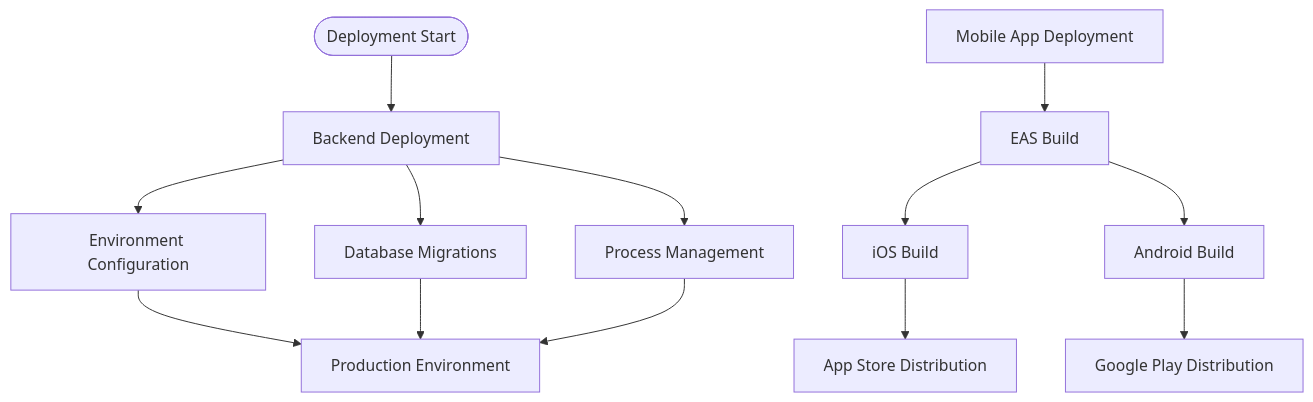
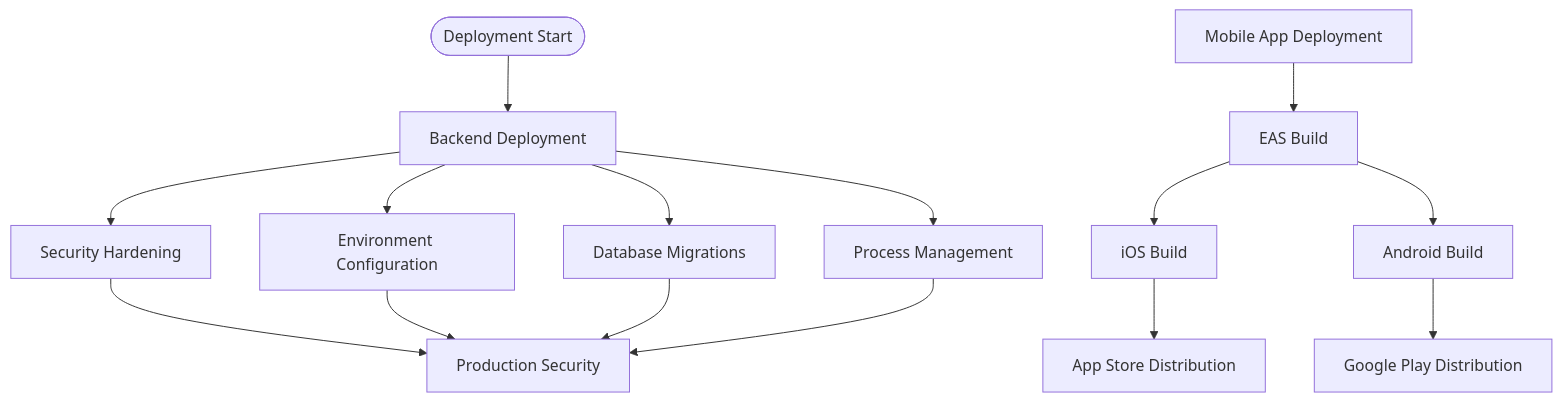
Diagram 16 of 18 in .qoder/repowiki/en/content/Testing & Deployment.md (jairosouza67/99-Pai), drawn with Mermaid before and after one commit. The commit also changed other lines of this file and 4 other files, not shown here.

Commit message:
docs: update repository wiki metadata and architecture notes

````diff
--- a/.qoder/repowiki/en/content/Testing & Deployment.md
+++ b/.qoder/repowiki/en/content/Testing & Deployment.md
@@ -588,15 +780,17 @@
 ```mermaid
 flowchart TD
 Start(["Deployment Start"]) --> Backend["Backend Deployment"]
 Mobile["Mobile App Deployment"] --> EAS["EAS Build"]
+Backend --> SecurityHardening["Security Hardening"]
 Backend --> Environment["Environment Configuration"]
 Backend --> Database["Database Migrations"]
 Backend --> Process["Process Management"]
 EAS --> iOS["iOS Build"]
 EAS --> Android["Android Build"]
 iOS --> AppStore["App Store Distribution"]
 Android --> PlayStore["Google Play Distribution"]
-Environment --> Production["Production Environment"]
+SecurityHardening --> Production["Production Security"]
+Environment --> Production
 Database --> Production
 Process --> Production
 ```
````
